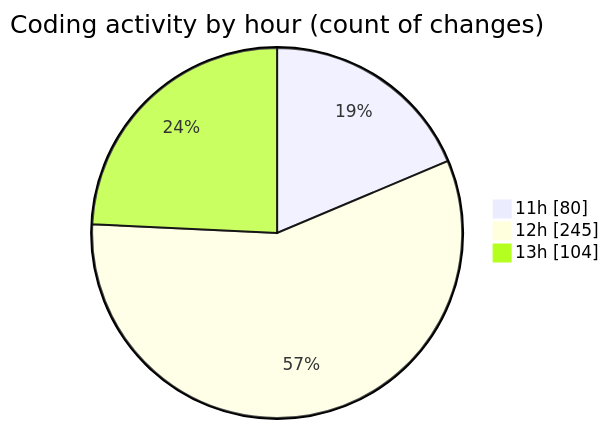
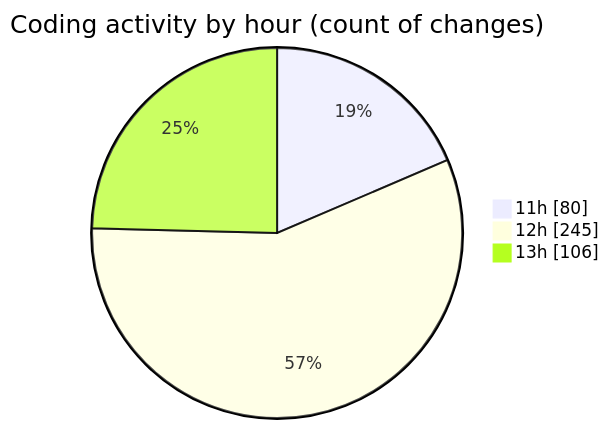
Before and after one commit to nxtqubesakshisongat/code-tracking: the second of 2 diagrams in 2025-04-19/nxtqube_webapp/README.md, drawn with Mermaid. The commit also changed other lines of this file and 1 other file, not shown here.

````diff
--- a/2025-04-19/nxtqube_webapp/README.md
+++ b/2025-04-19/nxtqube_webapp/README.md
@@ -42,7 +42,7 @@
 ```mermaid
 pie showData
 title Coding activity by hour (count of changes)
 "11h" : 80
 "12h" : 245
-"13h" : 104
+"13h" : 106
 ```
````
